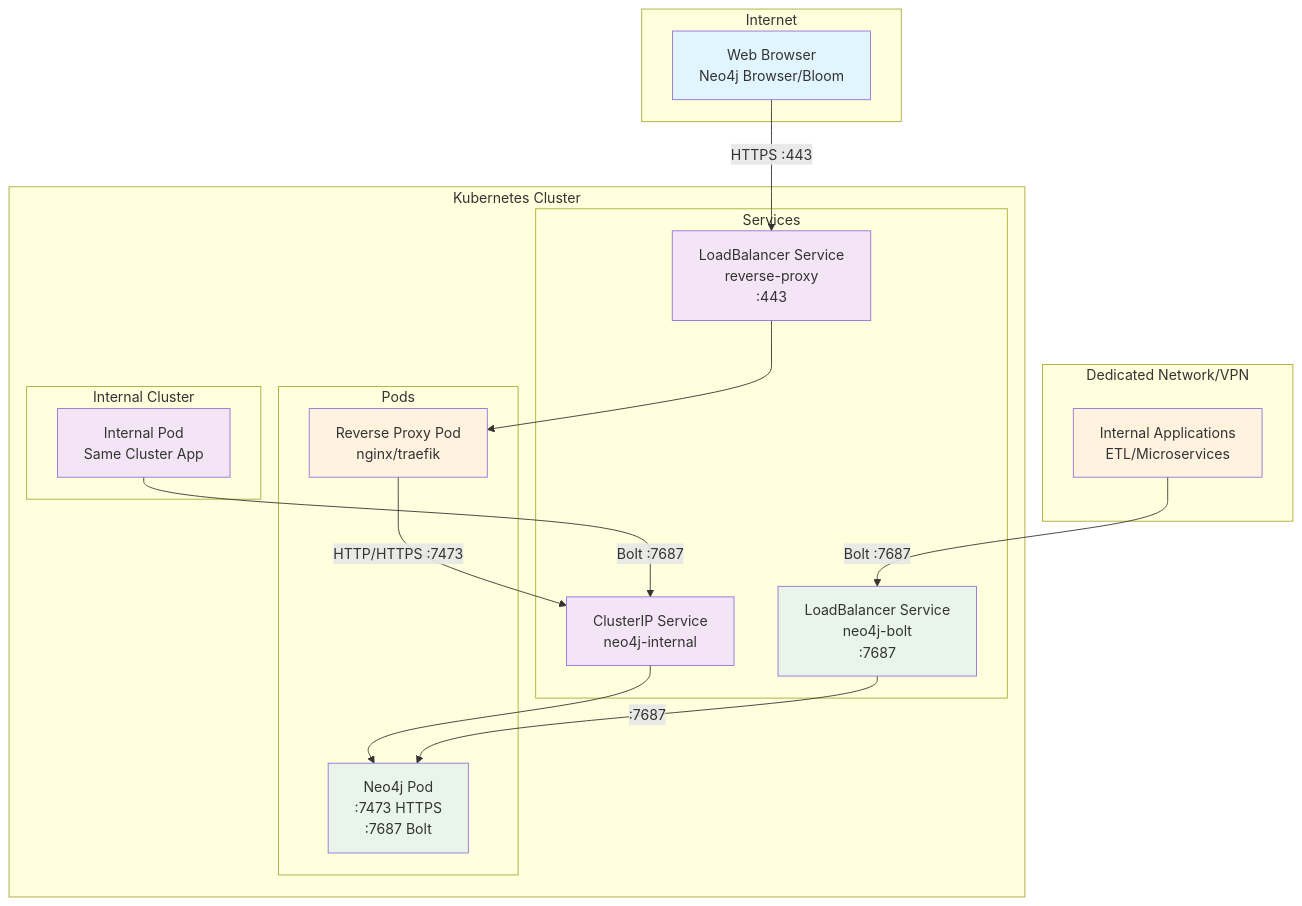
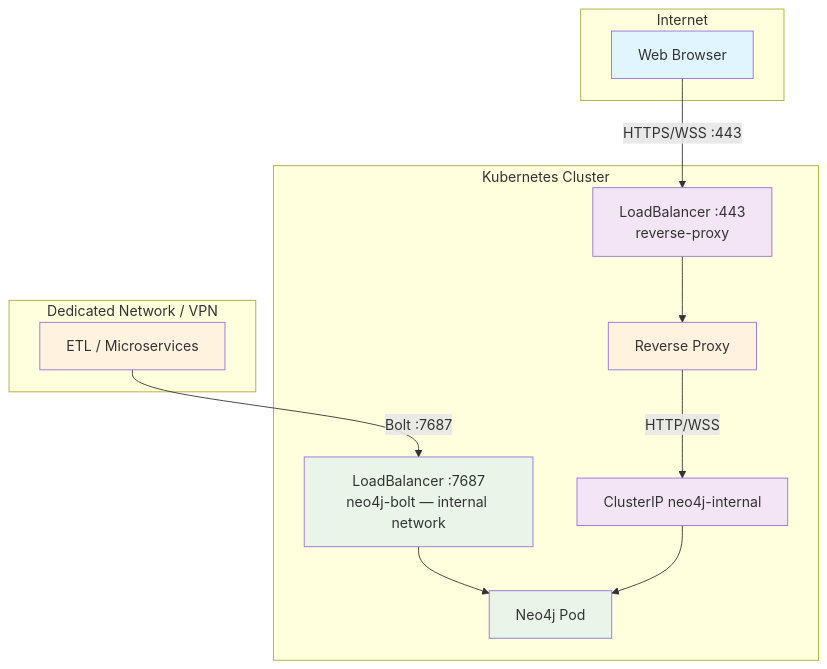
The fifth of 6 diagrams in readme_network.md (chboudry/neo4j-kubernetes), drawn with Mermaid before and after one commit. The commit also changed other lines of this file and 1 other file, not shown here.

Commit message:
Update network architecture documentation for Neo4j on Kubernetes with detailed configuration options and pros/cons for various deployment strategies

````diff
--- a/readme_network.md
+++ b/readme_network.md
@@ -163,45 +258,32 @@
 ```mermaid
 graph TB
     subgraph "Internet"
-        WebClient[Web Browser<br/>Neo4j Browser/Bloom]
+        WebClient[Web Browser]
     end
-    
-    subgraph "Dedicated Network/VPN"
-        InternalApp[Internal Applications<br/>ETL/Microservices]
+    subgraph "Dedicated Network / VPN"
+        InternalApp[ETL / Microservices]
     end
-    
+
     subgraph "Kubernetes Cluster"
-        subgraph "Services"
-            RPLB[LoadBalancer Service<br/>reverse-proxy<br/>:443]
-            BoltLB[LoadBalancer Service<br/>neo4j-bolt<br/>:7687]
-            Neo4jSvc[ClusterIP Service<br/>neo4j-internal]
-        end
-        
-        subgraph "Pods"
-            RP[Reverse Proxy Pod<br/>nginx/traefik]
-            Neo4j[Neo4j Pod<br/>:7473 HTTPS<br/>:7687 Bolt]
-        end
-        
-        subgraph "Internal Cluster"
-            ClusterApp[Internal Pod<br/>Same Cluster App]
-        end
+        RPLB[LoadBalancer :443<br/>reverse-proxy]
+        BoltLB[LoadBalancer :7687<br/>neo4j-bolt — internal network]
+        RP[Reverse Proxy]
+        Neo4j[Neo4j Pod]
+        Neo4jSvc[ClusterIP neo4j-internal]
     end
-    
-    WebClient -->|HTTPS :443| RPLB
+
+    WebClient -->|HTTPS/WSS :443| RPLB
     InternalApp -->|Bolt :7687| BoltLB
-    ClusterApp -->|Bolt :7687| Neo4jSvc
-    
     RPLB --> RP
-    RP -->|HTTP/HTTPS :7473| Neo4jSvc
-    BoltLB -->|:7687| Neo4j
+    RP -->|HTTP/WSS| Neo4jSvc
+    BoltLB --> Neo4j
     Neo4jSvc --> Neo4j
-    
+
     style WebClient fill:#e1f5fe
     style InternalApp fill:#fff3e0
-    style ClusterApp fill:#f3e5f5
     style RPLB fill:#f3e5f5
     style BoltLB fill:#e8f5e8
     style RP fill:#fff3e0
     style Neo4jSvc fill:#f3e5f5
     style Neo4j fill:#e8f5e8
 ```
````
